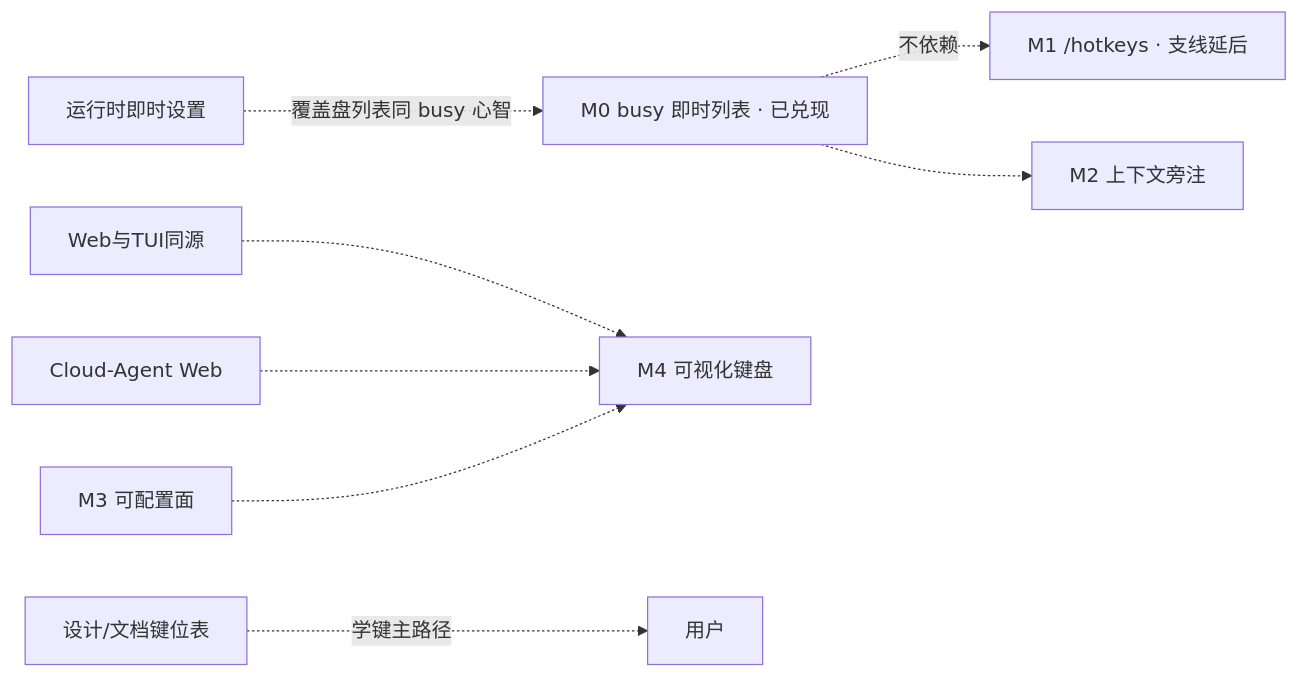
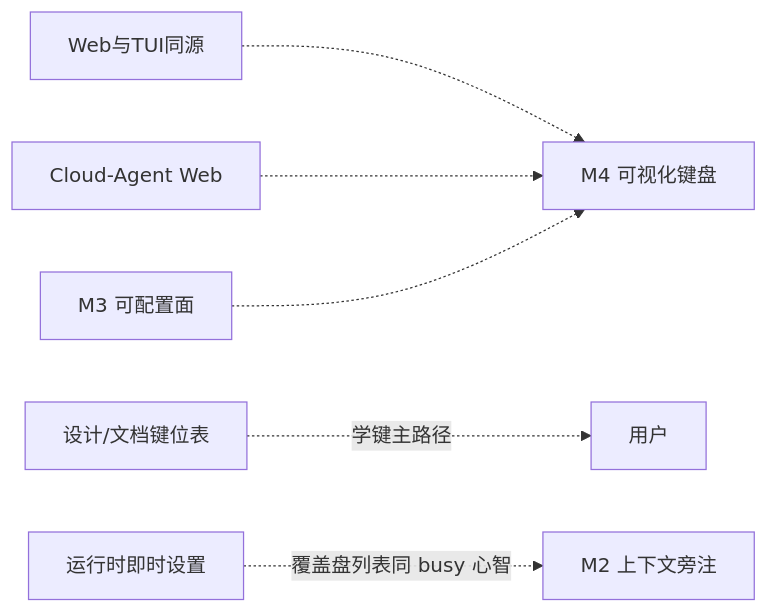
One commit to StrayDragon/xylitol changed the diagram in docs/roadmaps/键位与命令发现.md. Above: the diagram before and after it, drawn with Mermaid. The commit also changed other lines of this file and 35 other files, not shown here.

````diff
--- a/docs/roadmaps/键位与命令发现.md
+++ b/docs/roadmaps/键位与命令发现.md
@@ -68,10 +49,9 @@
 ```mermaid
 flowchart LR
-  M0done["M0 busy 即时列表 · 已兑现"] -.->|不依赖| M1["M1 /hotkeys · 支线延后"]
-  M0done -.-> M2["M2 上下文旁注"]
+  M2["M2 上下文旁注"]
   Homo["Web与TUI同源"] -.-> M4
   Web["Cloud-Agent Web"] -.-> M4["M4 可视化键盘"]
   Docs["设计/文档键位表"] -.->|学键主路径| User["用户"]
-  Live["运行时即时设置"] -.->|覆盖盘列表同 busy 心智| M0done
+  Live["运行时即时设置"] -.->|覆盖盘列表同 busy 心智| M2
   M3["M3 可配置面"] -.-> M4
 ```
````
